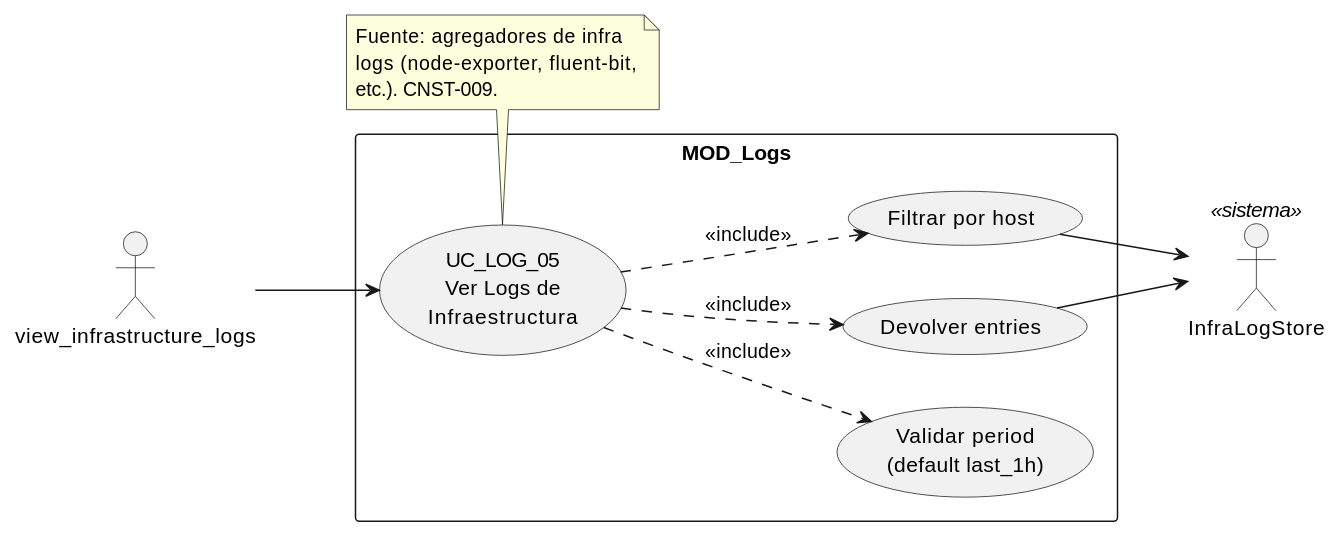
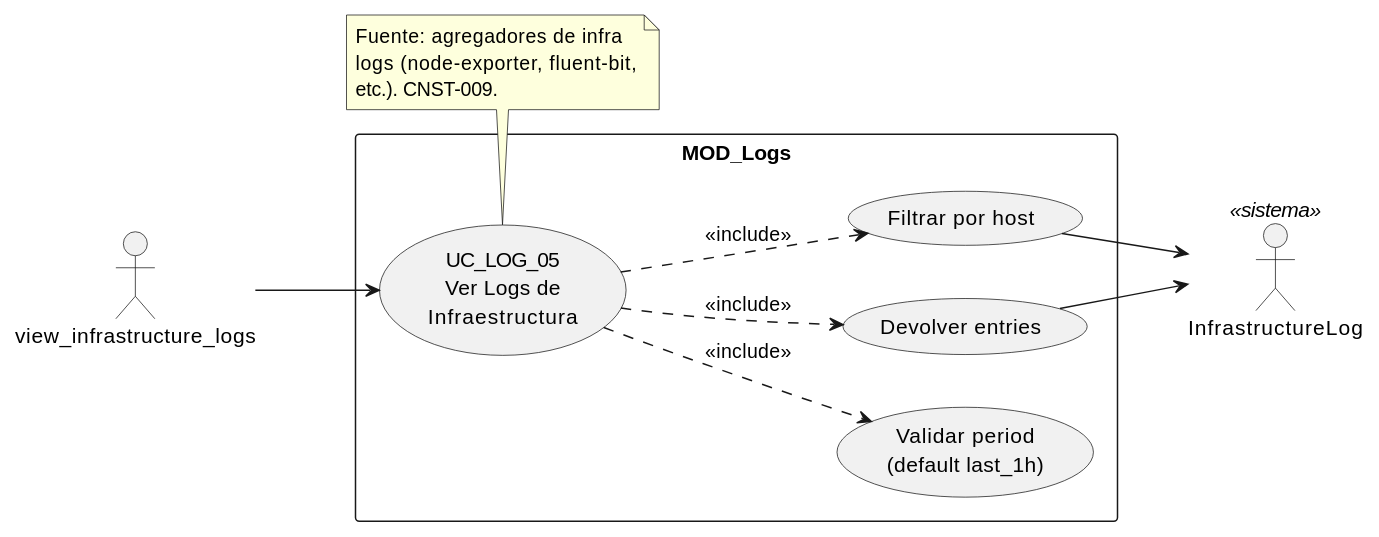
The diagram in source/requisitos/casos-uso/logs/uc-log-05/diagramas-uml/diagrama-de-caso-de-uso.rst (jcg-admin/IACT-docs), drawn with PlantUML before and after one commit. The commit also changed other lines of this file and 52 other files, not shown here.

```diff
--- a/source/requisitos/casos-uso/logs/uc-log-05/diagramas-uml/diagrama-de-caso-de-uso.rst
+++ b/source/requisitos/casos-uso/logs/uc-log-05/diagramas-uml/diagrama-de-caso-de-uso.rst
@@ -4,32 +4,32 @@
 .. uml::
  :caption: UC_LOG_05 — actores y casos asociados
 
  @startuml
 
  left to right direction
 
  actor "view_infrastructure_logs" as INVOKER
- actor "InfraLogStore" as STORE <<sistema>>
+ actor "InfrastructureLog" as LOG <<sistema>>
 
  rectangle "MOD_Logs" {
    usecase "UC_LOG_05\nVer Logs de\nInfraestructura" as UC_LOG_05
    usecase "Validar period\n(default last_1h)" as VALIDAR_PERIOD
    usecase "Filtrar por host" as FILTRAR_HOST
    usecase "Devolver entries" as DEVOLVER
  }
 
  INVOKER --> UC_LOG_05
  UC_LOG_05 ..> VALIDAR_PERIOD : <<include>>
  UC_LOG_05 ..> FILTRAR_HOST : <<include>>
  UC_LOG_05 ..> DEVOLVER : <<include>>
 
- FILTRAR_HOST --> STORE
- DEVOLVER --> STORE
+ FILTRAR_HOST --> LOG
+ DEVOLVER --> LOG
 
  note bottom of UC_LOG_05
    Fuente: agregadores de infra
    logs (node-exporter, fluent-bit,
    etc.). CNST-009.
  end note
 
  @enduml
```
